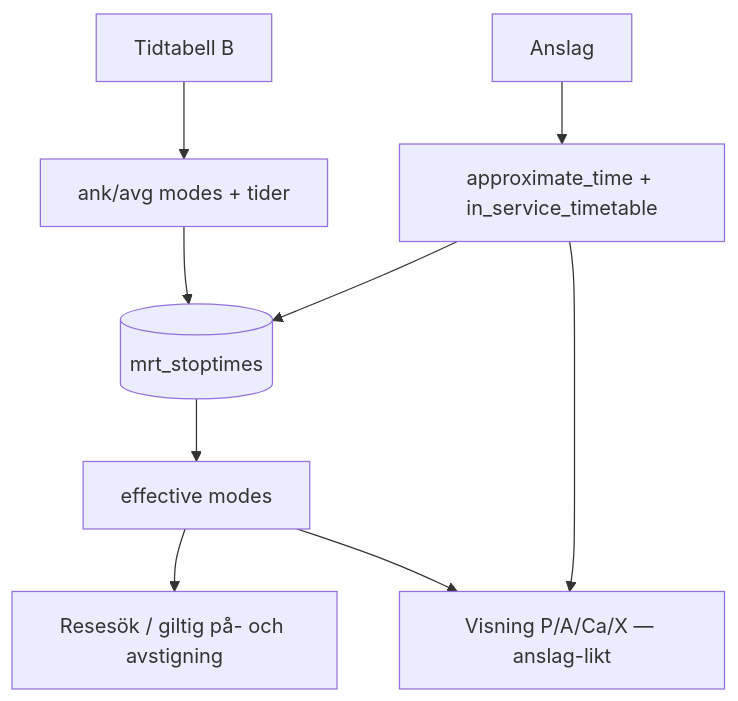
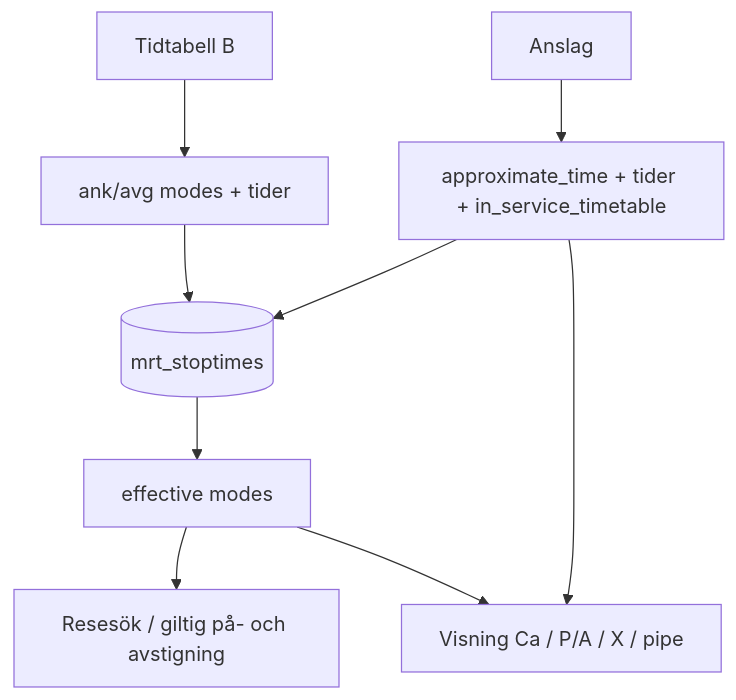
Before and after one commit to eriass2/Museum-Railway-Timetable: the diagram in docs/STOP_TIME_SOURCES.md, drawn with Mermaid. The commit also changed other lines of this file and 7 other files, not shown here.

````diff
--- a/docs/STOP_TIME_SOURCES.md
+++ b/docs/STOP_TIME_SOURCES.md
@@ -172,11 +187,11 @@
 ```mermaid
 flowchart TB
   B[Tidtabell B] --> M[ank/avg modes + tider]
-  A[Anslag] --> O[approximate_time + in_service_timetable]
+  A[Anslag] --> O[approximate_time + tider + in_service_timetable]
   M --> DB[(mrt_stoptimes)]
   O --> DB
   DB --> E[effective modes]
   E --> J[Resesök / giltig på- och avstigning]
-  E --> V[Visning P/A/Ca/X — anslag-likt]
+  E --> V[Visning Ca / P/A / X / pipe]
   O --> V
 ```
````
